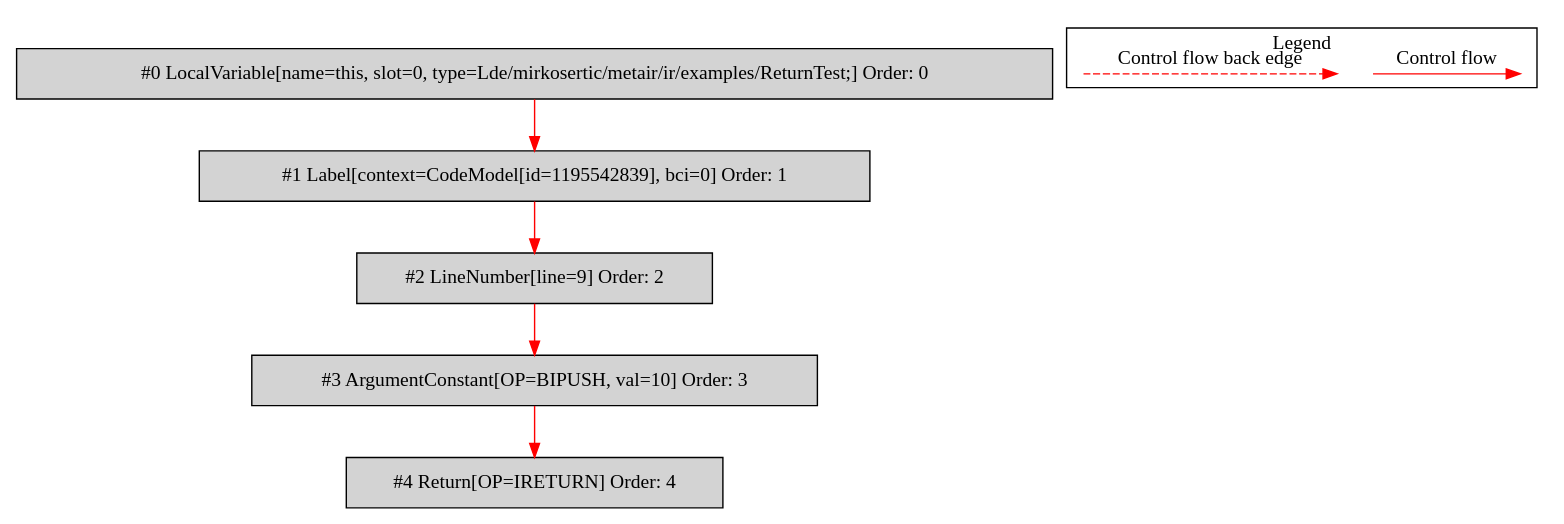
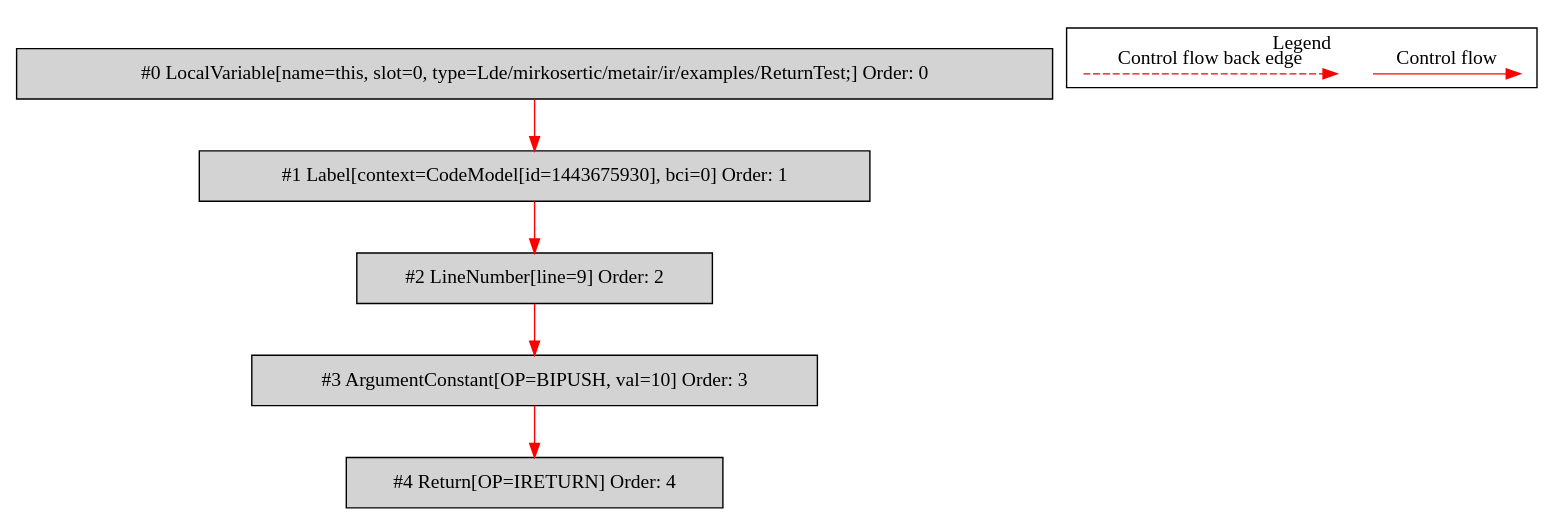
The diagram in de.mirkosertic.metair.ir.examples.ReturnTest/returnByte/bytecodecfg.dot (mirkosertic/MetaIR), drawn with Graphviz before and after one commit. The commit also changed 27 other files, not shown here.

```diff
--- a/de.mirkosertic.metair.ir.examples.ReturnTest/returnByte/bytecodecfg.dot
+++ b/de.mirkosertic.metair.ir.examples.ReturnTest/returnByte/bytecodecfg.dot
@@ -1,25 +1,25 @@
 digraph {
  node0[label="#0 LocalVariable[name=this, slot=0, type=Lde/mirkosertic/metair/ir/examples/ReturnTest;] Order: 0", shape=box, fillcolor=lightgrey, style=filled];
- node1[label="#1 Label[context=CodeModel[id=1195542839], bci=0] Order: 1", shape=box, fillcolor=lightgrey, style=filled];
+ node1[label="#1 Label[context=CodeModel[id=1443675930], bci=0] Order: 1", shape=box, fillcolor=lightgrey, style=filled];
  node2[label="#2 LineNumber[line=9] Order: 2", shape=box, fillcolor=lightgrey, style=filled];
  node3[label="#3 ArgumentConstant[OP=BIPUSH, val=10] Order: 3", shape=box, fillcolor=lightgrey, style=filled];
  node4[label="#4 Return[OP=IRETURN] Order: 4", shape=box, fillcolor=lightgrey, style=filled];
  node0 -> node1[color=red];
  node1 -> node2[color=red];
  node2 -> node3[color=red];
  node3 -> node4[color=red];
  subgraph cluster_000 {
   label = "Legend";
   node [shape=point]
   {
    rank=same;
    c0 [style = invis];
    c1 [style = invis];
    c2 [style = invis];
    c3 [style = invis];
   }
   c0 -> c1 [label="Control flow", style=solid, color=red]
   c2 -> c3 [label="Control flow back edge", style=dashed, color=red]
  }
 
 }
```
